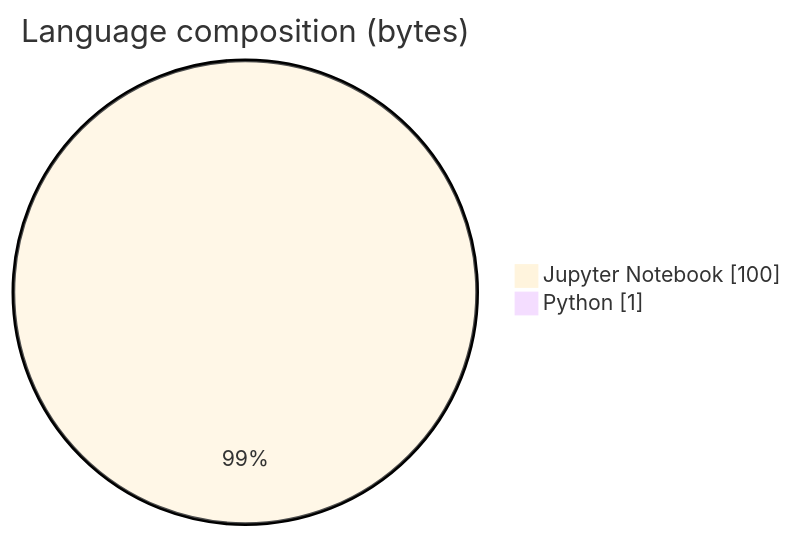
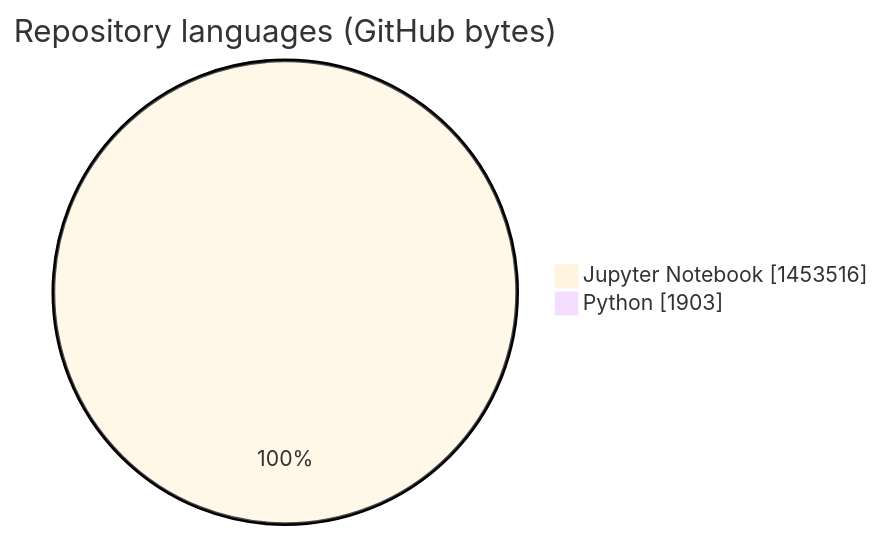
Before and after one commit to ArchanaChetan07/Lyrics-Tokenization-Analysis: the ninth of 10 diagrams in README.md, drawn with Mermaid. The commit also changed other lines of this file, not shown here.

Commit message:
docs: FAANG-ready README with NLP metrics, diagrams, and ATS keywords

````diff
--- a/README.md
+++ b/README.md
@@ -62,6 +177,6 @@
 ```mermaid
 %%{init: {'theme':'base'}}%%
-pie showData title Language composition (bytes)
-    "Jupyter Notebook" : 100
-    "Python" : 1
+pie showData title Repository languages (GitHub bytes)
+    "Jupyter Notebook" : 1453516
+    "Python" : 1903
 ```
````
